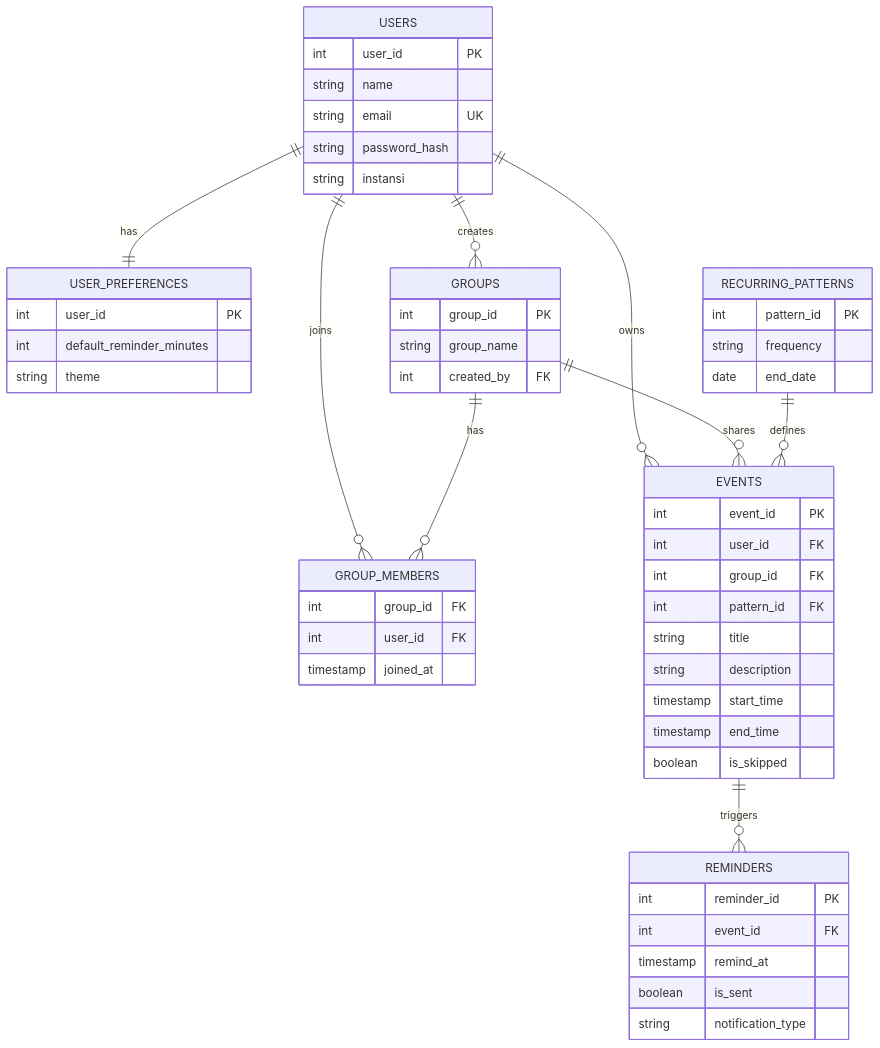
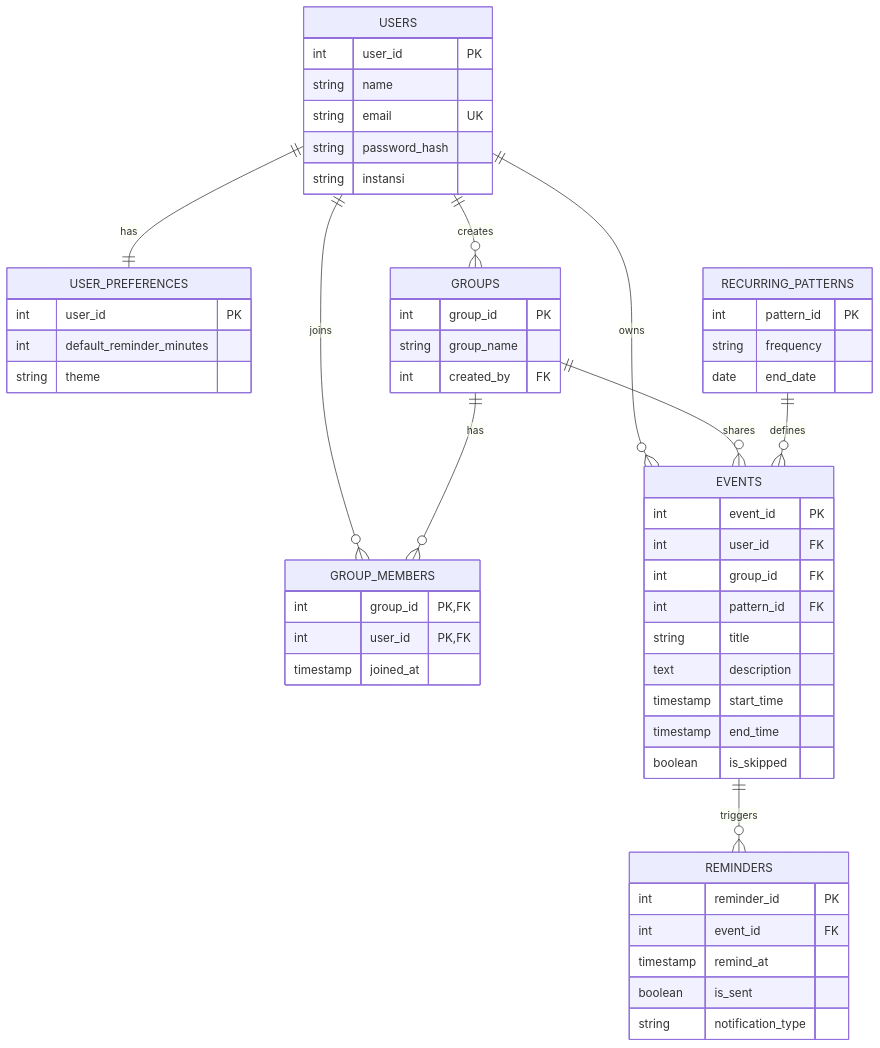
One commit to misaelsammy/simaju-backend changed the diagram in README.md. Above: the diagram before and after it, drawn with Mermaid. The commit also changed other lines of this file and 2 other files, not shown here.

````diff
--- a/README.md
+++ b/README.md
@@ -27,63 +27,63 @@
 ```mermaid
 erDiagram
     USERS ||--|| USER_PREFERENCES : "has"
     USERS ||--o{ GROUPS : "creates"
     USERS ||--o{ GROUP_MEMBERS : "joins"
     GROUPS ||--o{ GROUP_MEMBERS : "has"
     USERS ||--o{ EVENTS : "owns"
     GROUPS ||--o{ EVENTS : "shares"
     RECURRING_PATTERNS ||--o{ EVENTS : "defines"
     EVENTS ||--o{ REMINDERS : "triggers"
 
     USERS {
         int user_id PK
         string name
         string email UK
         string password_hash
         string instansi
     }
 
     USER_PREFERENCES {
         int user_id PK
         int default_reminder_minutes
         string theme
     }
 
     GROUPS {
         int group_id PK
         string group_name
         int created_by FK
     }
 
     GROUP_MEMBERS {
-        int group_id FK
-        int user_id FK
+        int group_id PK,FK
+        int user_id PK,FK
         timestamp joined_at
     }
 
     RECURRING_PATTERNS {
         int pattern_id PK
         string frequency
         date end_date
     }
 
     EVENTS {
         int event_id PK
         int user_id FK
         int group_id FK
         int pattern_id FK
         string title
-        string description
+        text description
         timestamp start_time
         timestamp end_time
         boolean is_skipped
     }
 
     REMINDERS {
         int reminder_id PK
         int event_id FK
         timestamp remind_at
         boolean is_sent
         string notification_type
     }
 ```
````
